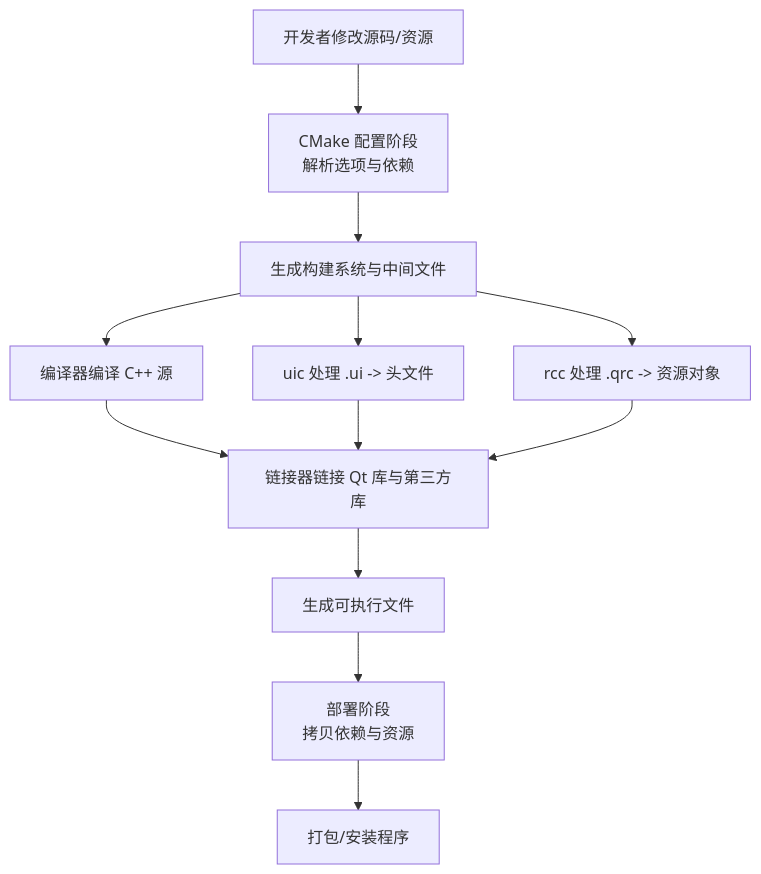
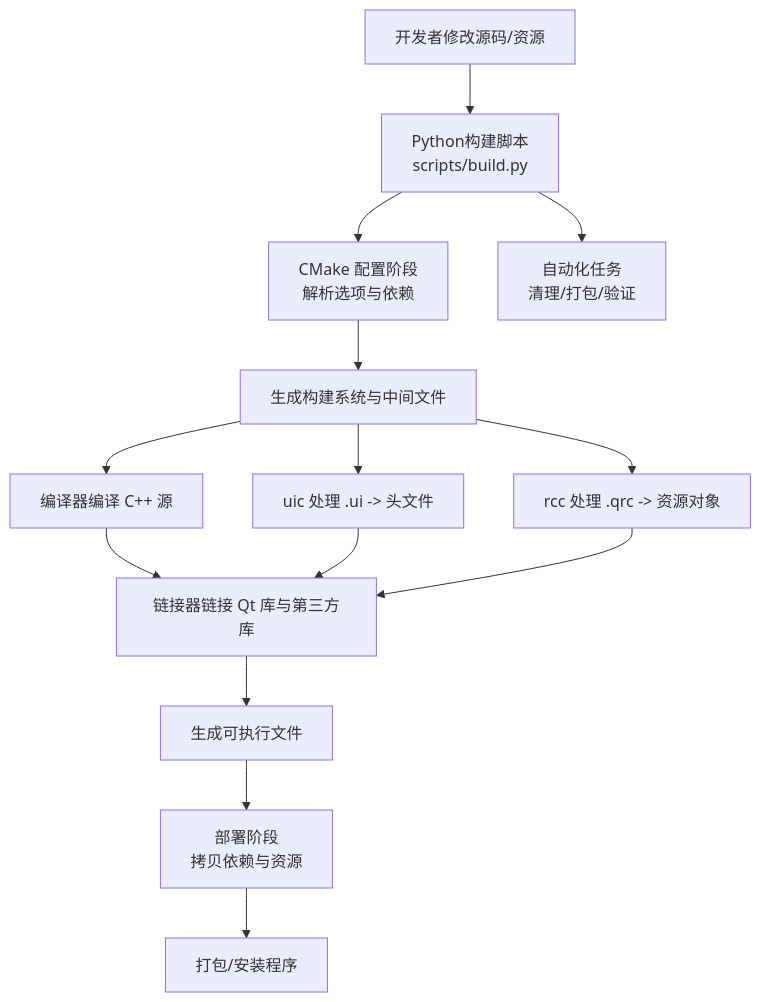
One commit to jakecai1225-design/OpenBus changed the second of 5 diagrams in .qoder/repowiki/zh/content/构建和部署/构建和部署.md. Above: the diagram before and after it, drawn with Mermaid. The commit also changed other lines of this file and 49 other files, not shown here.

````diff
--- a/.qoder/repowiki/zh/content/构建和部署/构建和部署.md
+++ b/.qoder/repowiki/zh/content/构建和部署/构建和部署.md
@@ -81,14 +96,16 @@
 ```mermaid
 flowchart TD
-A["开发者修改源码/资源"] --> B["CMake 配置阶段<br/>解析选项与依赖"]
-B --> C["生成构建系统与中间文件"]
-C --> D["编译器编译 C++ 源"]
-C --> E["uic 处理 .ui -> 头文件"]
-C --> F["rcc 处理 .qrc -> 资源对象"]
-D --> G["链接器链接 Qt 库与第三方库"]
-E --> G
-F --> G
-G --> H["生成可执行文件"]
-H --> I["部署阶段<br/>拷贝依赖与资源"]
-I --> J["打包/安装程序"]
+A["开发者修改源码/资源"] --> B["Python构建脚本<br/>scripts/build.py"]
+B --> C["CMake 配置阶段<br/>解析选项与依赖"]
+C --> D["生成构建系统与中间文件"]
+D --> E["编译器编译 C++ 源"]
+D --> F["uic 处理 .ui -> 头文件"]
+D --> G["rcc 处理 .qrc -> 资源对象"]
+E --> H["链接器链接 Qt 库与第三方库"]
+F --> H
+G --> H
+H --> I["生成可执行文件"]
+I --> J["部署阶段<br/>拷贝依赖与资源"]
+J --> K["打包/安装程序"]
+B --> L["自动化任务<br/>清理/打包/验证"]
 ```
````
